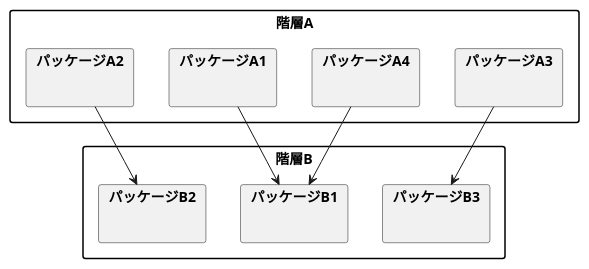
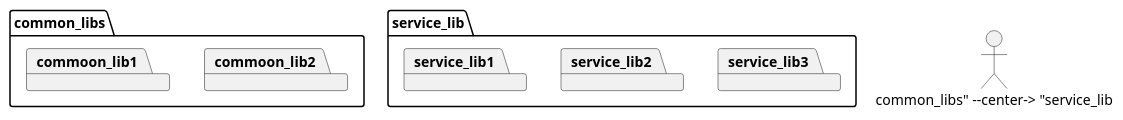
Before and after one commit to RyuichiHashimoto/PythonPractice: the diagram in src/plantuml/system.pu, drawn with PlantUML.

Commit message:
[update] パッケージアップデート

```diff
--- a/src/plantuml/system.pu
+++ b/src/plantuml/system.pu
@@ -1,37 +1,27 @@
 @startuml
 
-skinparam packageStyle rectangle
 
-package "階層A" {
-    package "パッケージA1" {
+package "common_libs" {
+    package "commoon_lib1" {
     }
-    package "パッケージA2" {
-    }
-    package "パッケージA3" {
-    }
-    package "パッケージA4" {
+    package "commoon_lib2" {
     }
     
-    パッケージA1 -[hidden]right- パッケージA2
-    パッケージA2 -[hidden]right- パッケージA3
-    パッケージA3 -[hidden]right- パッケージA4
+    commoon_lib1 -[hidden]right- commoon_lib2
 }
 
-package "階層B" {
-    package "パッケージB1" {
+package "service_lib" {
+    package "service_lib1" {
     }
-    package "パッケージB2" {
+    package "service_lib2" {
     }
-    package "パッケージB3" {
+    package "service_lib3" {
     }
     
-    パッケージB1 -[hidden]right- パッケージB2
-    パッケージB2 -[hidden]right- パッケージB3
+    service_lib1 -[hidden]right- service_lib2
+    service_lib2 -[hidden]right- service_lib3    
 }
 
-"パッケージA1" --> "パッケージB1"
-"パッケージA2" --> "パッケージB2"
-"パッケージA3" --> "パッケージB3"
-"パッケージA4" --> "パッケージB1"
+"common_libs" --center-> "service_lib"
 
 @enduml
```
